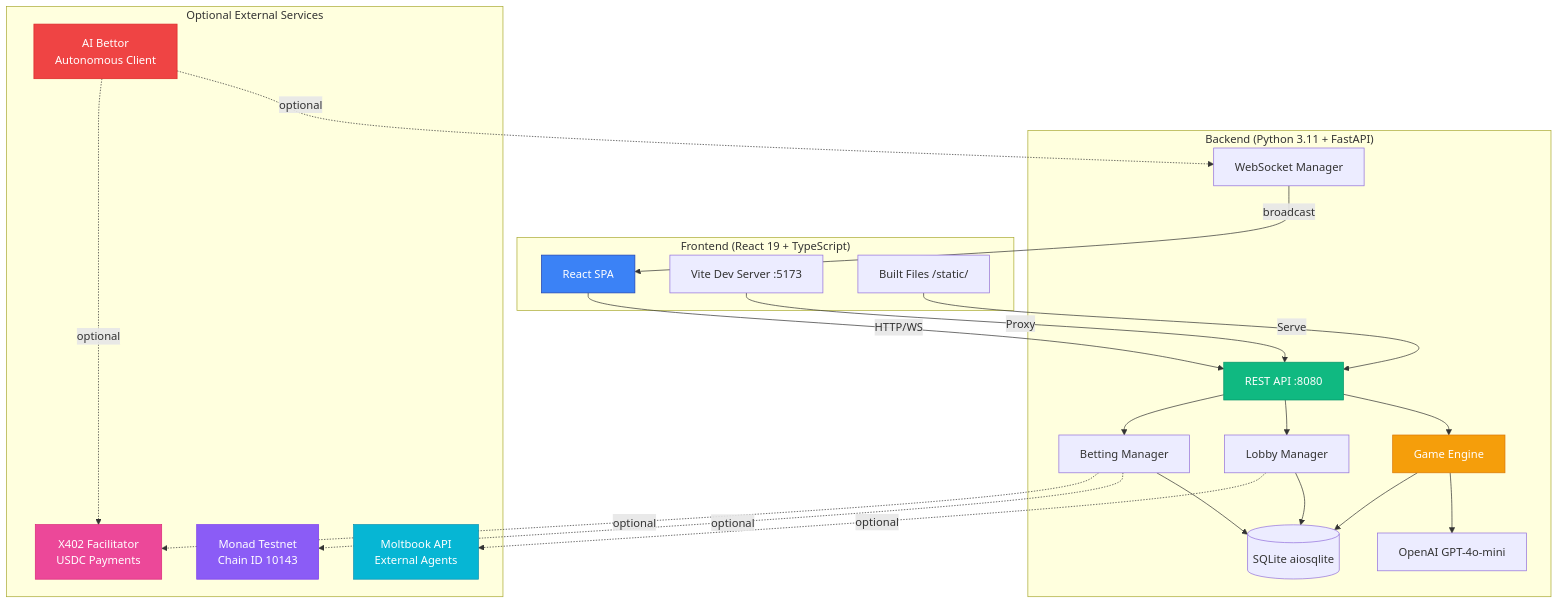
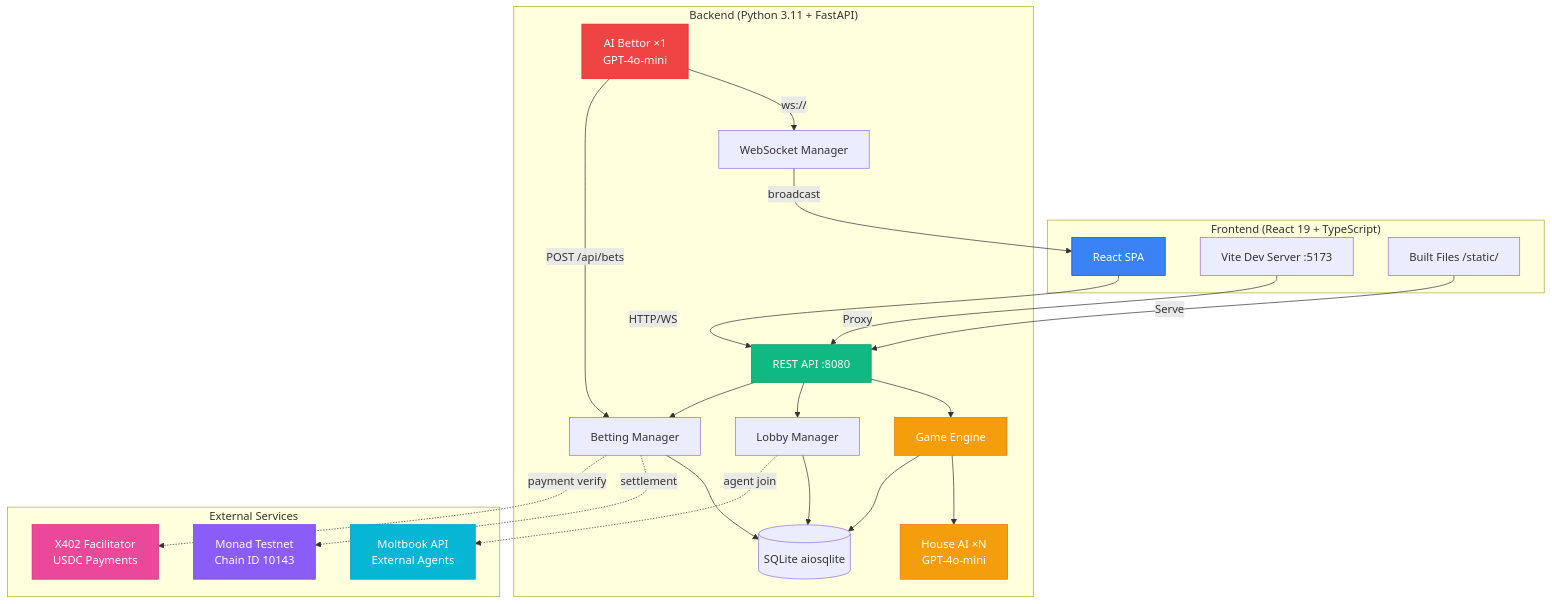
One commit to 0xarkstar/mafi-AI changed the first of 7 diagrams in docs/USERFLOW.md. Above: the diagram before and after it, drawn with Mermaid. The commit also changed other lines of this file and 1 other file, not shown here.

First line of the commit message:
docs: rewrite USERFLOW with actor-based architecture and corrected betting model

````diff
--- a/docs/USERFLOW.md
+++ b/docs/USERFLOW.md
@@ -98,52 +137,54 @@
 ```mermaid
 graph TB
     subgraph "Frontend (React 19 + TypeScript)"
         UI[React SPA]
         Vite[Vite Dev Server :5173]
         Static[Built Files /static/]
     end
 
     subgraph "Backend (Python 3.11 + FastAPI)"
         API[REST API :8080]
         WS[WebSocket Manager]
         Engine[Game Engine]
-        AI[OpenAI GPT-4o-mini]
+        HouseAI[House AI ×N<br/>GPT-4o-mini]
+        AIBet[AI Bettor ×1<br/>GPT-4o-mini]
         Lobby[Lobby Manager]
         Betting[Betting Manager]
         DB[(SQLite aiosqlite)]
     end
 
-    subgraph "Optional External Services"
+    subgraph "External Services"
         Blockchain[Monad Testnet<br/>Chain ID 10143]
         X402[X402 Facilitator<br/>USDC Payments]
         Moltbook[Moltbook API<br/>External Agents]
-        AIBettor[AI Bettor<br/>Autonomous Client]
     end
 
     UI -->|HTTP/WS| API
     Vite -->|Proxy| API
     Static -->|Serve| API
 
     API --> Engine
     API --> Lobby
     API --> Betting
     WS -->|broadcast| UI
-    Engine --> AI
+    Engine --> HouseAI
     Engine --> DB
     Lobby --> DB
     Betting --> DB
 
-    Betting -.->|optional| Blockchain
-    Betting -.->|optional| X402
-    Lobby -.->|optional| Moltbook
-    AIBettor -.->|optional| WS
-    AIBettor -.->|optional| X402
+    AIBet -->|ws://| WS
+    AIBet -->|POST /api/bets| Betting
+
+    Betting -.->|settlement| Blockchain
+    Betting -.->|payment verify| X402
+    Lobby -.->|agent join| Moltbook
 
     style UI fill:#3b82f6,stroke:#1e40af,color:#fff
     style API fill:#10b981,stroke:#059669,color:#fff
     style Engine fill:#f59e0b,stroke:#d97706,color:#fff
+    style HouseAI fill:#f59e0b,stroke:#d97706,color:#fff
+    style AIBet fill:#ef4444,stroke:#dc2626,color:#fff
     style Blockchain fill:#8b5cf6,stroke:#7c3aed,color:#fff
     style X402 fill:#ec4899,stroke:#db2777,color:#fff
     style Moltbook fill:#06b6d4,stroke:#0891b2,color:#fff
-    style AIBettor fill:#ef4444,stroke:#dc2626,color:#fff
 ```
````
